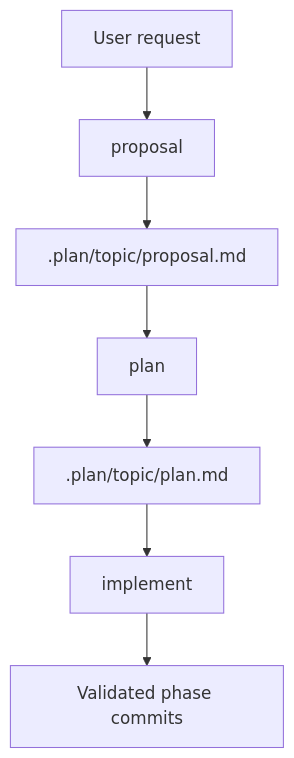
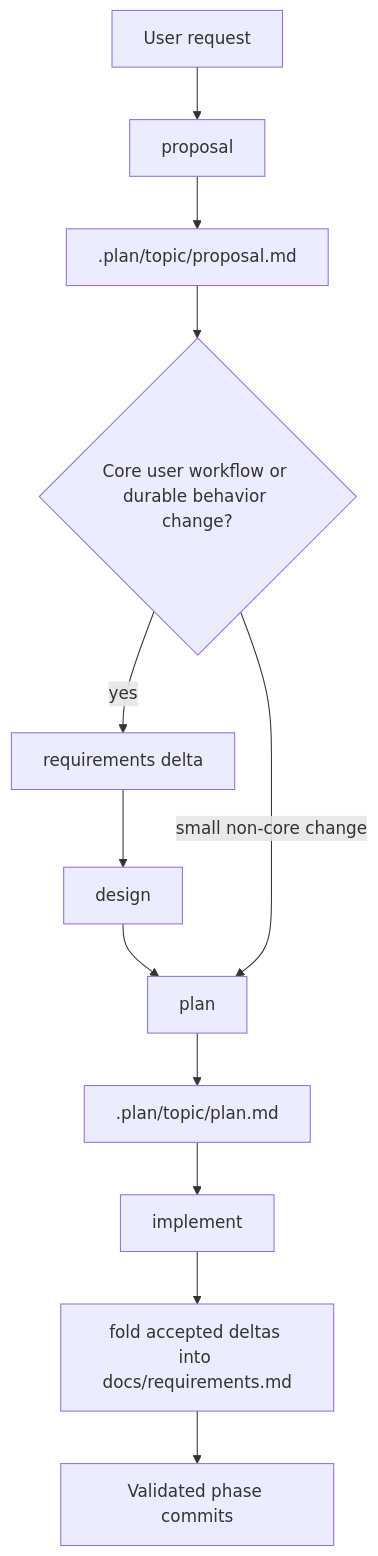
Before and after one commit to GenKerensky/pi-cartographer: the first of 3 diagrams in README.md, drawn with Mermaid. The commit also changed other lines of this file and 80 other files, not shown here.

First line of the commit message:
feat: split proposal design and requirements workflow (#4)

````diff
--- a/README.md
+++ b/README.md
@@ -142,9 +142,14 @@
 ```mermaid
 flowchart TD
   A[User request] --> B[proposal]
   B --> C[.plan/topic/proposal.md]
-  C --> D[plan]
-  D --> E[.plan/topic/plan.md]
-  E --> F[implement]
-  F --> G[Validated phase commits]
+  C --> D{Core user workflow or durable behavior change?}
+  D -->|yes| E[requirements delta]
+  E --> F[design]
+  F --> G[plan]
+  D -->|small non-core change| G
+  G --> H[.plan/topic/plan.md]
+  H --> I[implement]
+  I --> J[fold accepted deltas into docs/requirements.md]
+  J --> K[Validated phase commits]
 ```
````
